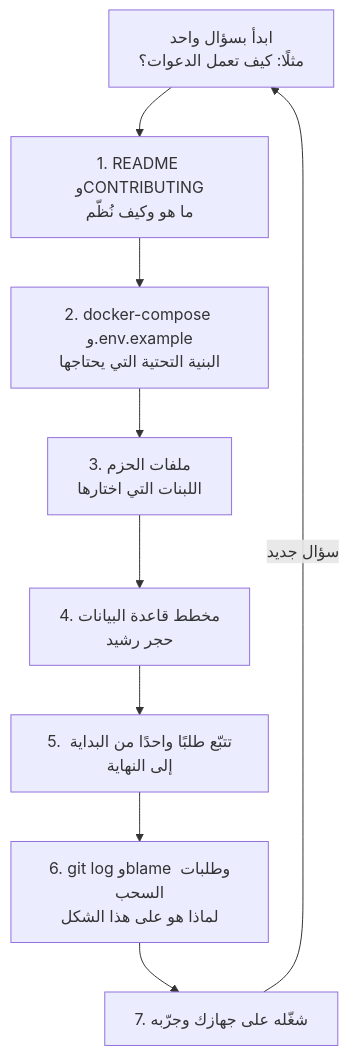
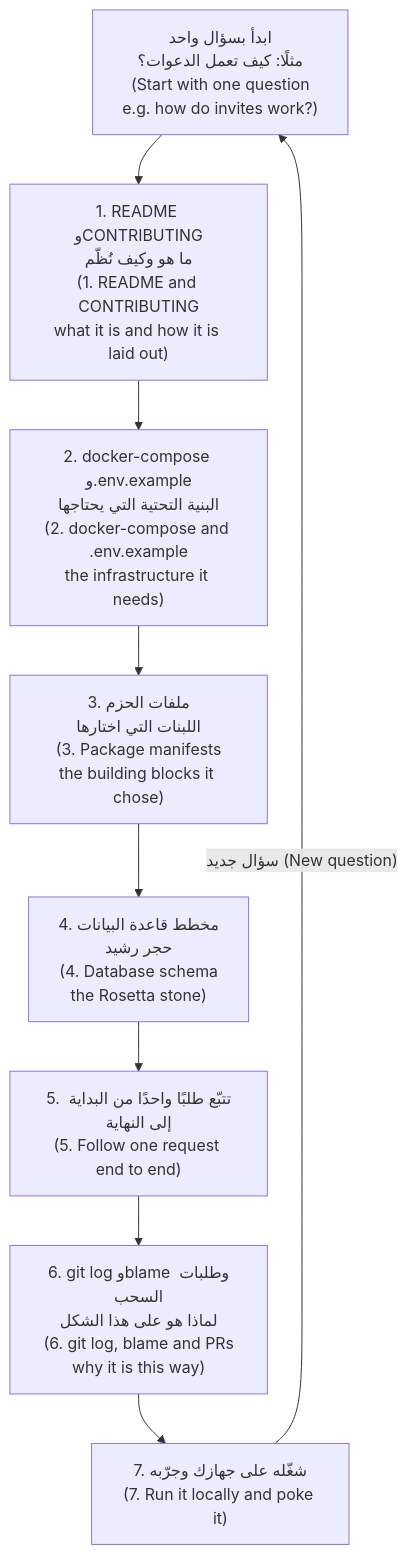
The third of 4 diagrams in saas/modules/00-orientation.ar.md (Tamoura/system-design-for-vibe-coders), drawn with Mermaid before and after one commit. The commit also changed other lines of this file and 62 other files, not shown here.

First line of the commit message:
Arabic editions: English on every diagram label, RTL fixes, rebuild

````diff
--- a/saas/modules/00-orientation.ar.md
+++ b/saas/modules/00-orientation.ar.md
@@ -305,11 +305,11 @@
 ```mermaid
 flowchart TD
-    Q["ابدأ بسؤال واحد<br/>مثلًا: كيف تعمل الدعوات؟"] --> R["1. README وCONTRIBUTING<br/>ما هو وكيف نُظّم"]
-    R --> I["2. docker-compose و.env.example<br/>البنية التحتية التي يحتاجها"]
-    I --> P["3. ملفات الحزم<br/>اللبنات التي اختارها"]
-    P --> S["4. مخطط قاعدة البيانات<br/>حجر رشيد"]
-    S --> F["5. تتبّع طلبًا واحدًا من البداية إلى النهاية"]
-    F --> G["6. git log وblame وطلبات السحب<br/>لماذا هو على هذا الشكل"]
-    G --> RUN["7. شغّله على جهازك وجرّبه"]
-    RUN -->|"سؤال جديد"| Q
+    Q["ابدأ بسؤال واحد<br/>مثلًا: كيف تعمل الدعوات؟<br/>(Start with one question<br/>e.g. how do invites work?)"] --> R["1. README وCONTRIBUTING<br/>ما هو وكيف نُظّم<br/>(1. README and CONTRIBUTING<br/>what it is and how it is laid out)"]
+    R --> I["2. docker-compose و.env.example<br/>البنية التحتية التي يحتاجها<br/>(2. docker-compose and .env.example<br/>the infrastructure it needs)"]
+    I --> P["3. ملفات الحزم<br/>اللبنات التي اختارها<br/>(3. Package manifests<br/>the building blocks it chose)"]
+    P --> S["4. مخطط قاعدة البيانات<br/>حجر رشيد<br/>(4. Database schema<br/>the Rosetta stone)"]
+    S --> F["5. تتبّع طلبًا واحدًا من البداية إلى النهاية<br/>(5. Follow one request end to end)"]
+    F --> G["6. git log وblame وطلبات السحب<br/>لماذا هو على هذا الشكل<br/>(6. git log, blame and PRs<br/>why it is this way)"]
+    G --> RUN["7. شغّله على جهازك وجرّبه<br/>(7. Run it locally and poke it)"]
+    RUN -->|"سؤال جديد (New question)"| Q
 ```
````
